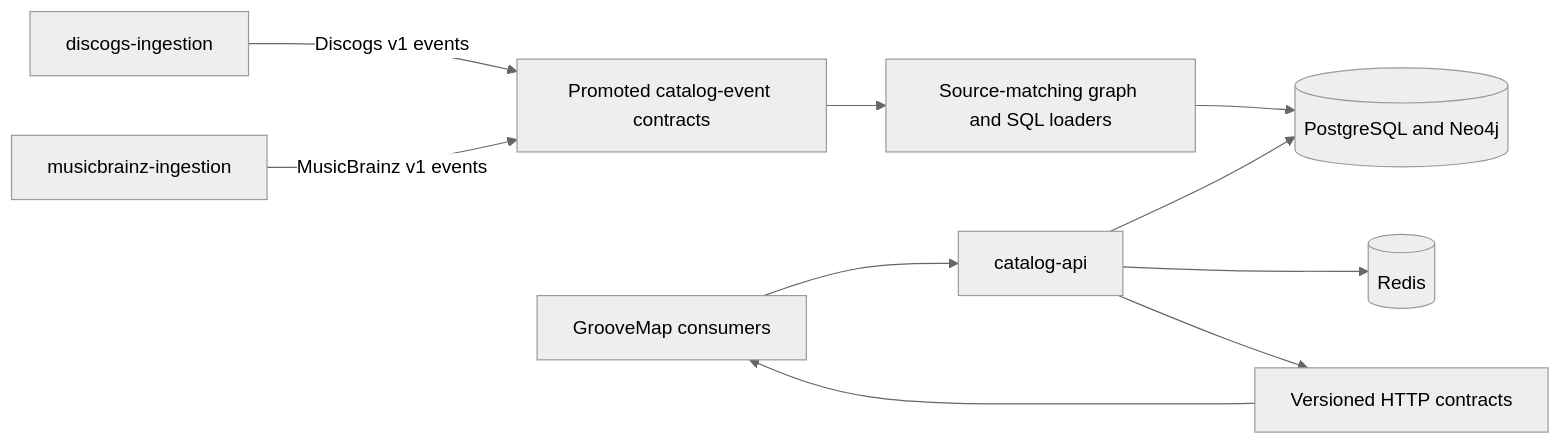
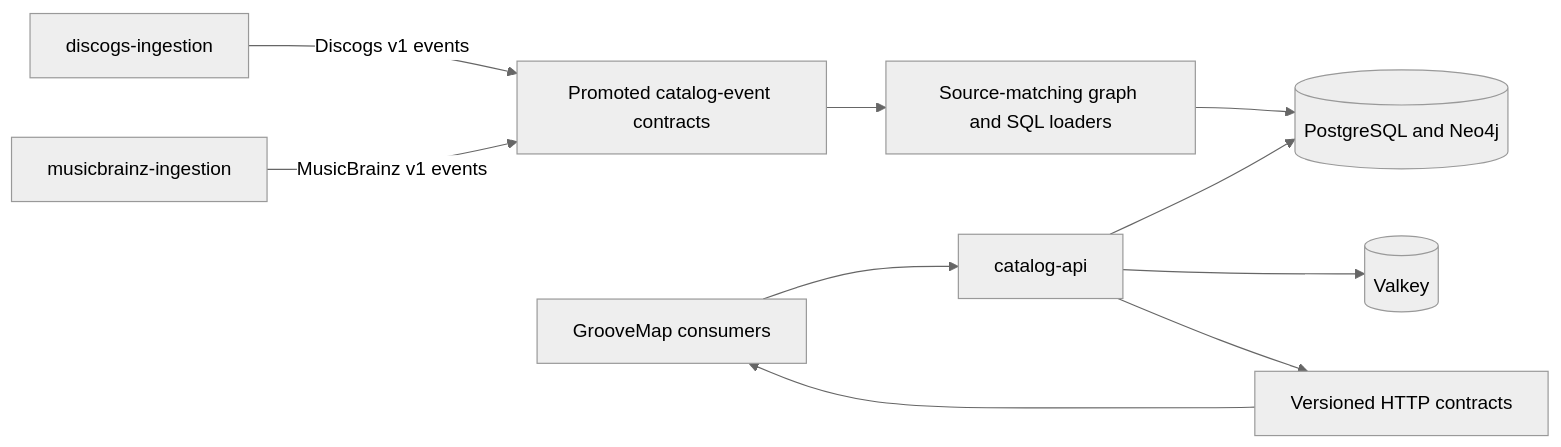
The diagram in docs/architecture-decisions.md (groovemap-music/catalog-api), drawn with Mermaid (neutral theme) before and after one commit. The commit also changed 7 other files, not shown here.

````diff
--- a/docs/architecture-decisions.md
+++ b/docs/architecture-decisions.md
@@ -7,12 +7,12 @@
 ```mermaid
 flowchart LR
     DI[discogs-ingestion] -->|Discogs v1 events| EventContracts[Promoted catalog-event contracts]
     MI[musicbrainz-ingestion] -->|MusicBrainz v1 events| EventContracts
     EventContracts --> Loaders[Source-matching graph and SQL loaders]
     Loaders --> Stores[(PostgreSQL and Neo4j)]
     Clients[GrooveMap consumers] --> API[catalog-api]
     API --> Stores
-    API --> Cache[(Redis)]
+    API --> Cache[(Valkey)]
     API --> HTTPContracts[Versioned HTTP contracts]
     HTTPContracts --> Clients
 ```
````
